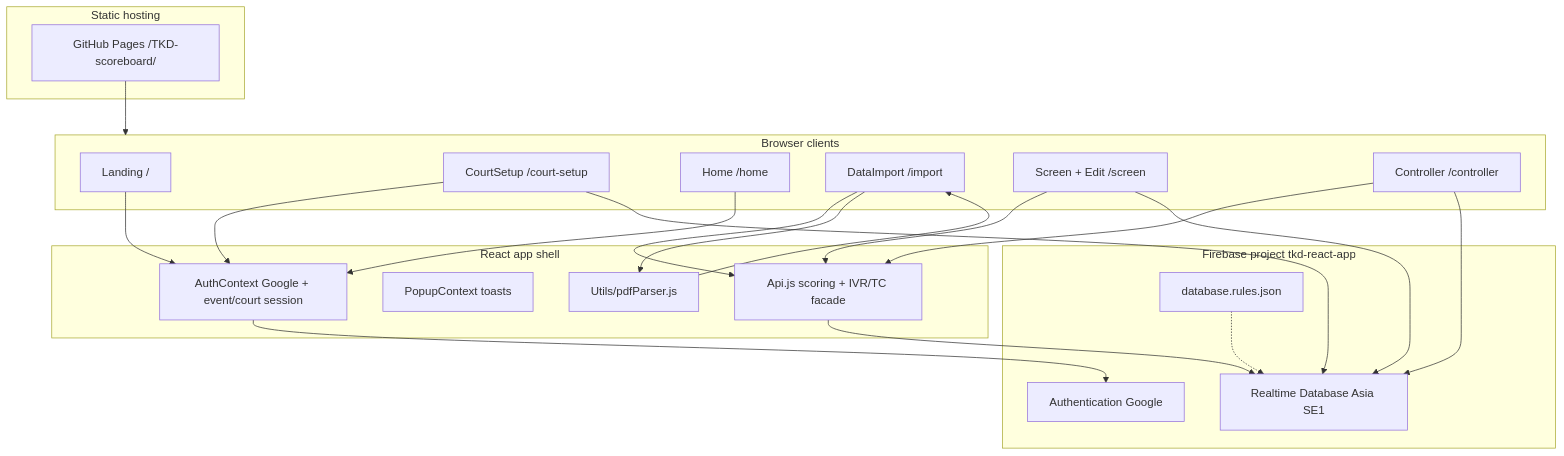
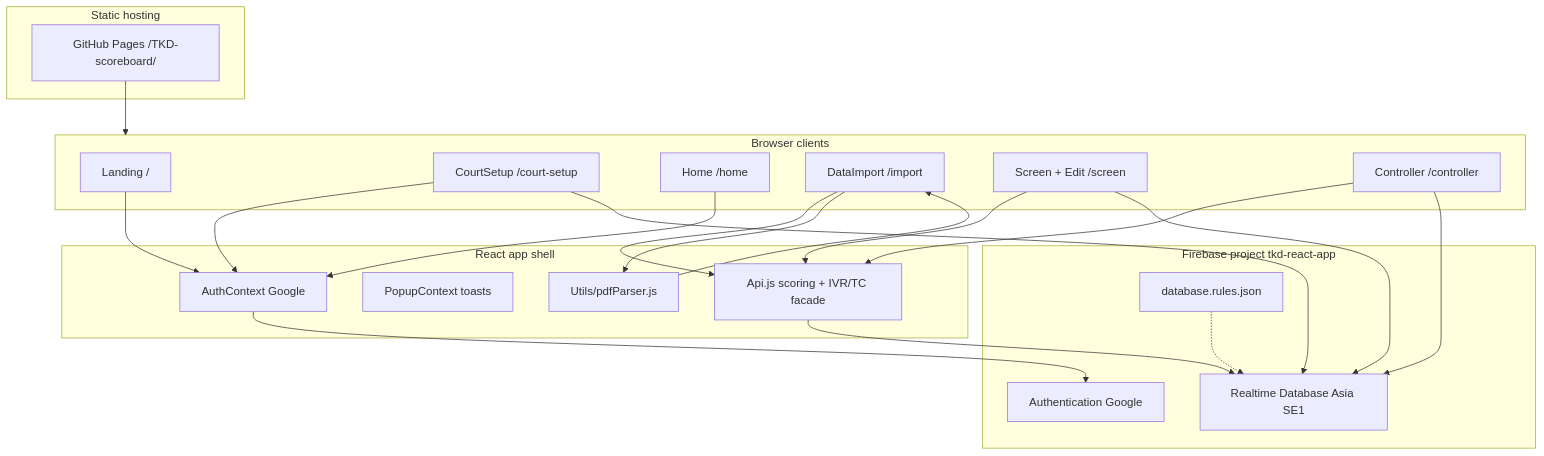
Before and after one commit to CY-Cheung/TKD-scoreboard: the first of 3 diagrams in docs/2_System_Design.md, drawn with Mermaid. The commit also changed other lines of this file and 51 other files, not shown here.

````diff
--- a/docs/2_System_Design.md
+++ b/docs/2_System_Design.md
@@ -49,44 +49,44 @@
 ```mermaid
 flowchart TB
   subgraph Clients["Browser clients"]
     Landing["Landing /"]
     Setup["CourtSetup /court-setup"]
     Home["Home /home"]
     Import["DataImport /import"]
     Screen["Screen + Edit /screen"]
     Ctrl["Controller /controller"]
   end
 
   subgraph AppShell["React app shell"]
-    AuthCtx["AuthContext Google + event/court session"]
+    AuthCtx["AuthContext Google"]
     PopupCtx["PopupContext toasts"]
     Api["Api.js scoring + IVR/TC facade"]
     Utils["Utils/pdfParser.js"]
   end
 
   subgraph Firebase["Firebase project tkd-react-app"]
     FAuth["Authentication Google"]
     RTDB["Realtime Database Asia SE1"]
     Rules["database.rules.json"]
   end
 
   subgraph Hosting["Static hosting"]
     GHP["GitHub Pages /TKD-scoreboard/"]
   end
 
   Landing --> AuthCtx
   Setup --> AuthCtx
   Home --> AuthCtx
   Import --> Api
   Import --> Utils
   Screen --> Api
   Ctrl --> Api
   Api --> RTDB
   Utils --> Import
   AuthCtx --> FAuth
   Ctrl --> RTDB
   Screen --> RTDB
   Setup --> RTDB
   Rules -.-> RTDB
   GHP --> Clients
 ```
````
